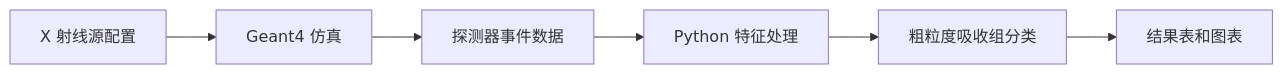
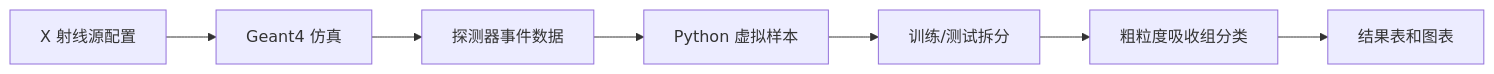
The diagram in results/elementary_demo_report_zh.md (dydpop/xrt-sorter-geant4-undergrad-guide), drawn with Mermaid before and after one commit. The commit also changed other lines of this file and 29 other files, not shown here.

````diff
--- a/results/elementary_demo_report_zh.md
+++ b/results/elementary_demo_report_zh.md
@@ -9,8 +9,9 @@
 ```mermaid
 flowchart LR
     A["X 射线源配置"] --> B["Geant4 仿真"]
     B --> C["探测器事件数据"]
-    C --> D["Python 特征处理"]
-    D --> E["粗粒度吸收组分类"]
-    E --> F["结果表和图表"]
+    C --> D["Python 虚拟样本"]
+    D --> E["训练/测试拆分"]
+    E --> F["粗粒度吸收组分类"]
+    F --> G["结果表和图表"]
 ```
````
